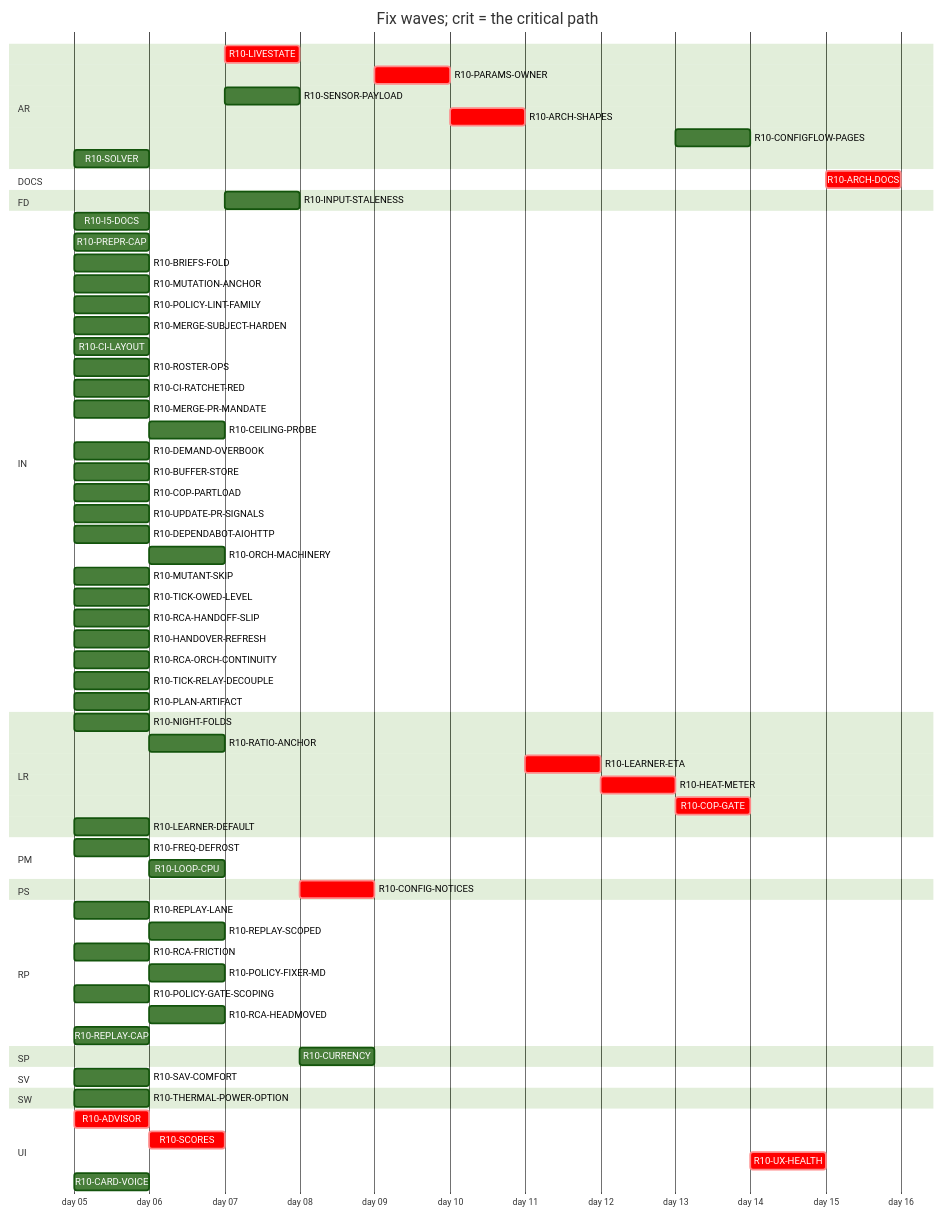
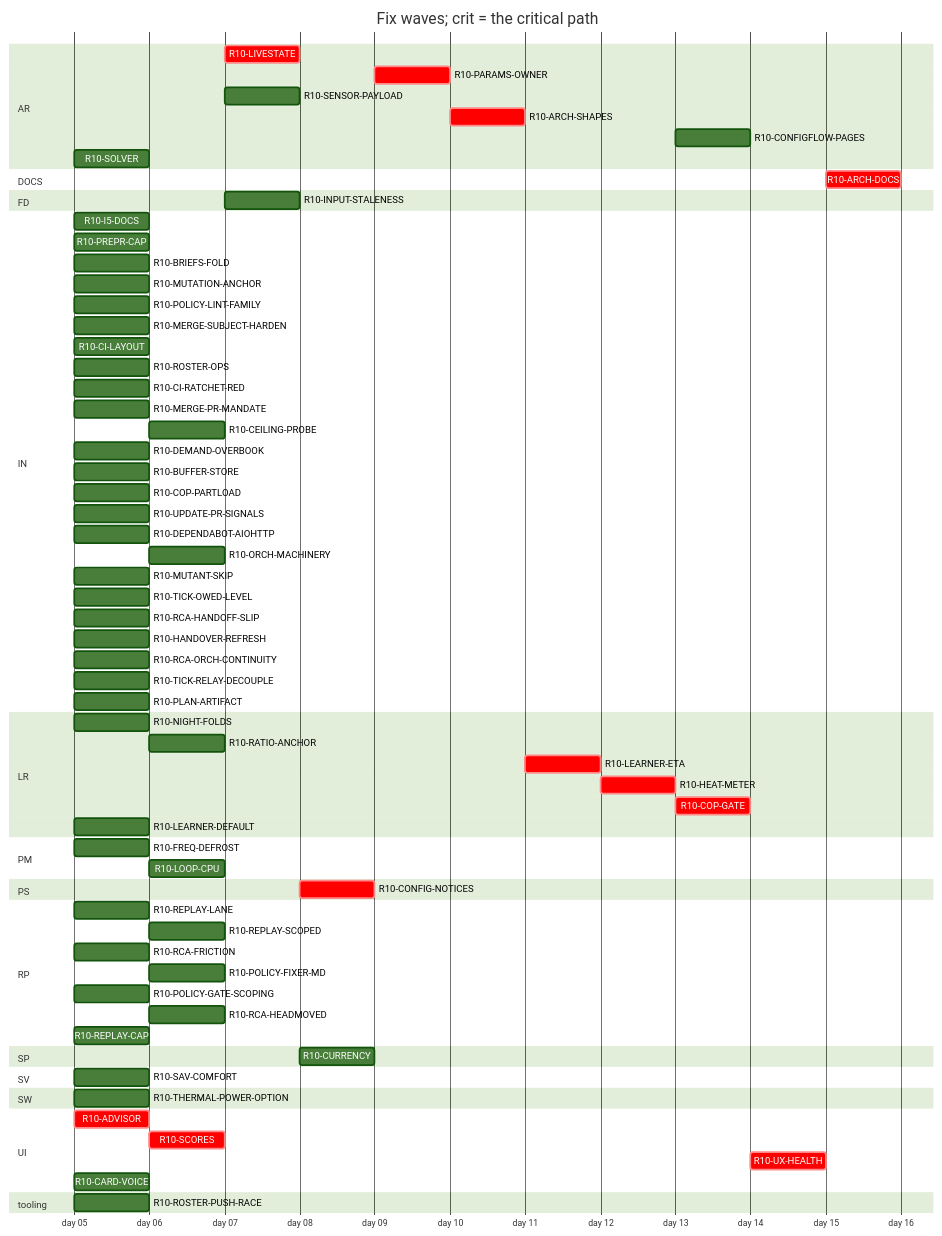
The diagram in handoff/round10/state/PLAN-TABLE.md (tvofi/heatpump_optimizer), drawn with Mermaid (forest theme) before and after one commit. The commit also changed other lines of this file and 2 other files, not shown here.

````diff
--- a/handoff/round10/state/PLAN-TABLE.md
+++ b/handoff/round10/state/PLAN-TABLE.md
@@ -25,73 +26,75 @@
 ```mermaid
 gantt
   title Fix waves; crit = the critical path
   dateFormat YYYY-MM-DD
   axisFormat day %d
   section AR
     R10-LIVESTATE :crit, r10LIVESTATE, after r10SCORES, 1d
     R10-PARAMS-OWNER :crit, r10PARAMSOWNER, after r10CONFIGNOTICES, 1d
     R10-SENSOR-PAYLOAD :r10SENSORPAYLOAD, after r10SCORES, 1d
     R10-ARCH-SHAPES :crit, r10ARCHSHAPES, after r10PARAMSOWNER r10SENSORPAYLOAD r10FREQDEFROST, 1d
     R10-CONFIGFLOW-PAGES :r10CONFIGFLOWPAGES, after r10HEATMETER, 1d
     R10-SOLVER :r10SOLVER, 2026-01-05, 1d
   section DOCS
     R10-ARCH-DOCS :crit, r10ARCHDOCS, after r10NIGHTFOLDS r10RATIOANCHOR r10INPUTSTALENESS r10CURRENCY r10FREQDEFROST r10LOOPCPU r10ADVISOR r10SCORES r10LIVESTATE r10CONFIGNOTICES r10PARAMSOWNER r10SENSORPAYLOAD r10ARCHSHAPES r10LEARNERETA r10HEATMETER r10COPGATE r10UXHEALTH r10CONFIGFLOWPAGES r10SOLVER r10I5DOCS r10BRIEFSFOLD r10REPLAYLANE r10REPLAYSCOPED, 1d
   section FD
     R10-INPUT-STALENESS :r10INPUTSTALENESS, after r10RATIOANCHOR, 1d
   section IN
     R10-I5-DOCS :r10I5DOCS, 2026-01-05, 1d
     R10-PREPR-CAP :r10PREPRCAP, 2026-01-05, 1d
     R10-BRIEFS-FOLD :r10BRIEFSFOLD, 2026-01-05, 1d
     R10-MUTATION-ANCHOR :r10MUTATIONANCHOR, 2026-01-05, 1d
     R10-POLICY-LINT-FAMILY :r10POLICYLINTFAMILY, 2026-01-05, 1d
     R10-MERGE-SUBJECT-HARDEN :r10MERGESUBJECTHARDEN, 2026-01-05, 1d
     R10-CI-LAYOUT :r10CILAYOUT, 2026-01-05, 1d
     R10-ROSTER-OPS :r10ROSTEROPS, 2026-01-05, 1d
     R10-CI-RATCHET-RED :r10CIRATCHETRED, 2026-01-05, 1d
     R10-MERGE-PR-MANDATE :r10MERGEPRMANDATE, 2026-01-05, 1d
     R10-CEILING-PROBE :r10CEILINGPROBE, after r10CILAYOUT r10NIGHTFOLDS, 1d
     R10-DEMAND-OVERBOOK :r10DEMANDOVERBOOK, 2026-01-05, 1d
     R10-BUFFER-STORE :r10BUFFERSTORE, 2026-01-05, 1d
     R10-COP-PARTLOAD :r10COPPARTLOAD, 2026-01-05, 1d
     R10-UPDATE-PR-SIGNALS :r10UPDATEPRSIGNALS, 2026-01-05, 1d
     R10-DEPENDABOT-AIOHTTP :r10DEPENDABOTAIOHTTP, 2026-01-05, 1d
     R10-ORCH-MACHINERY :r10ORCHMACHINERY, after r10ROSTEROPS r10CILAYOUT, 1d
     R10-MUTANT-SKIP :r10MUTANTSKIP, 2026-01-05, 1d
     R10-TICK-OWED-LEVEL :r10TICKOWEDLEVEL, 2026-01-05, 1d
     R10-RCA-HANDOFF-SLIP :r10RCAHANDOFFSLIP, 2026-01-05, 1d
     R10-HANDOVER-REFRESH :r10HANDOVERREFRESH, 2026-01-05, 1d
     R10-RCA-ORCH-CONTINUITY :r10RCAORCHCONTINUITY, 2026-01-05, 1d
     R10-TICK-RELAY-DECOUPLE :r10TICKRELAYDECOUPLE, 2026-01-05, 1d
     R10-PLAN-ARTIFACT :r10PLANARTIFACT, 2026-01-05, 1d
   section LR
     R10-NIGHT-FOLDS :r10NIGHTFOLDS, 2026-01-05, 1d
     R10-RATIO-ANCHOR :r10RATIOANCHOR, after r10NIGHTFOLDS, 1d
     R10-LEARNER-ETA :crit, r10LEARNERETA, after r10ARCHSHAPES, 1d
     R10-HEAT-METER :crit, r10HEATMETER, after r10LEARNERETA r10INPUTSTALENESS r10RATIOANCHOR, 1d
     R10-COP-GATE :crit, r10COPGATE, after r10HEATMETER r10SENSORPAYLOAD, 1d
     R10-LEARNER-DEFAULT :r10LEARNERDEFAULT, 2026-01-05, 1d
   section PM
     R10-FREQ-DEFROST :r10FREQDEFROST, 2026-01-05, 1d
     R10-LOOP-CPU :r10LOOPCPU, after r10FREQDEFROST, 1d
   section PS
     R10-CONFIG-NOTICES :crit, r10CONFIGNOTICES, after r10LIVESTATE, 1d
   section RP
     R10-REPLAY-LANE :r10REPLAYLANE, 2026-01-05, 1d
     R10-REPLAY-SCOPED :r10REPLAYSCOPED, after r10REPLAYLANE, 1d
     R10-RCA-FRICTION :r10RCAFRICTION, 2026-01-05, 1d
     R10-POLICY-FIXER-MD :r10POLICYFIXERMD, after r10RCAFRICTION r10BRIEFSFOLD, 1d
     R10-POLICY-GATE-SCOPING :r10POLICYGATESCOPING, 2026-01-05, 1d
     R10-RCA-HEADMOVED :r10RCAHEADMOVED, after r10RCAFRICTION, 1d
     R10-REPLAY-CAP :r10REPLAYCAP, 2026-01-05, 1d
   section SP
     R10-CURRENCY :r10CURRENCY, after r10INPUTSTALENESS, 1d
   section SV
     R10-SAV-COMFORT :r10SAVCOMFORT, 2026-01-05, 1d
   section SW
     R10-THERMAL-POWER-OPTION :r10THERMALPOWEROPTION, 2026-01-05, 1d
   section UI
     R10-ADVISOR :crit, r10ADVISOR, 2026-01-05, 1d
     R10-SCORES :crit, r10SCORES, after r10ADVISOR, 1d
     R10-UX-HEALTH :crit, r10UXHEALTH, after r10SCORES r10COPGATE r10HEATMETER, 1d
     R10-CARD-VOICE :r10CARDVOICE, 2026-01-05, 1d
+  section tooling
+    R10-ROSTER-PUSH-RACE :r10ROSTERPUSHRACE, 2026-01-05, 1d
 ```
````
